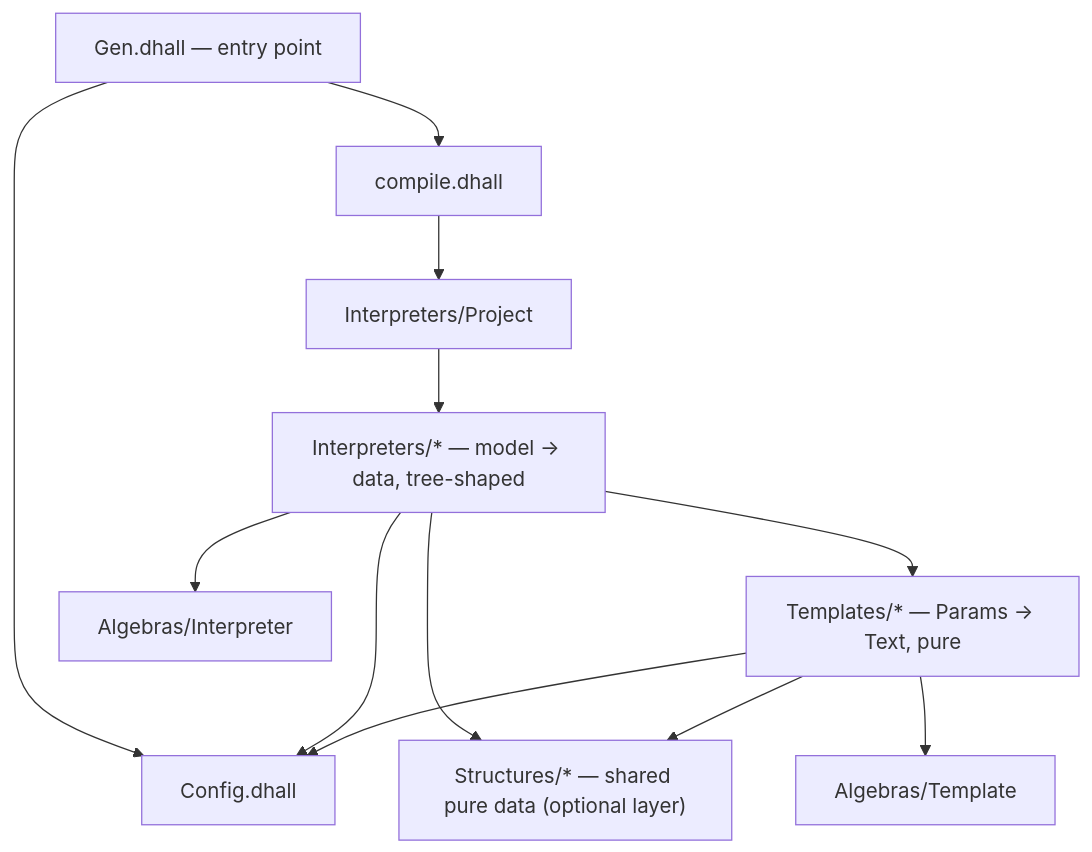
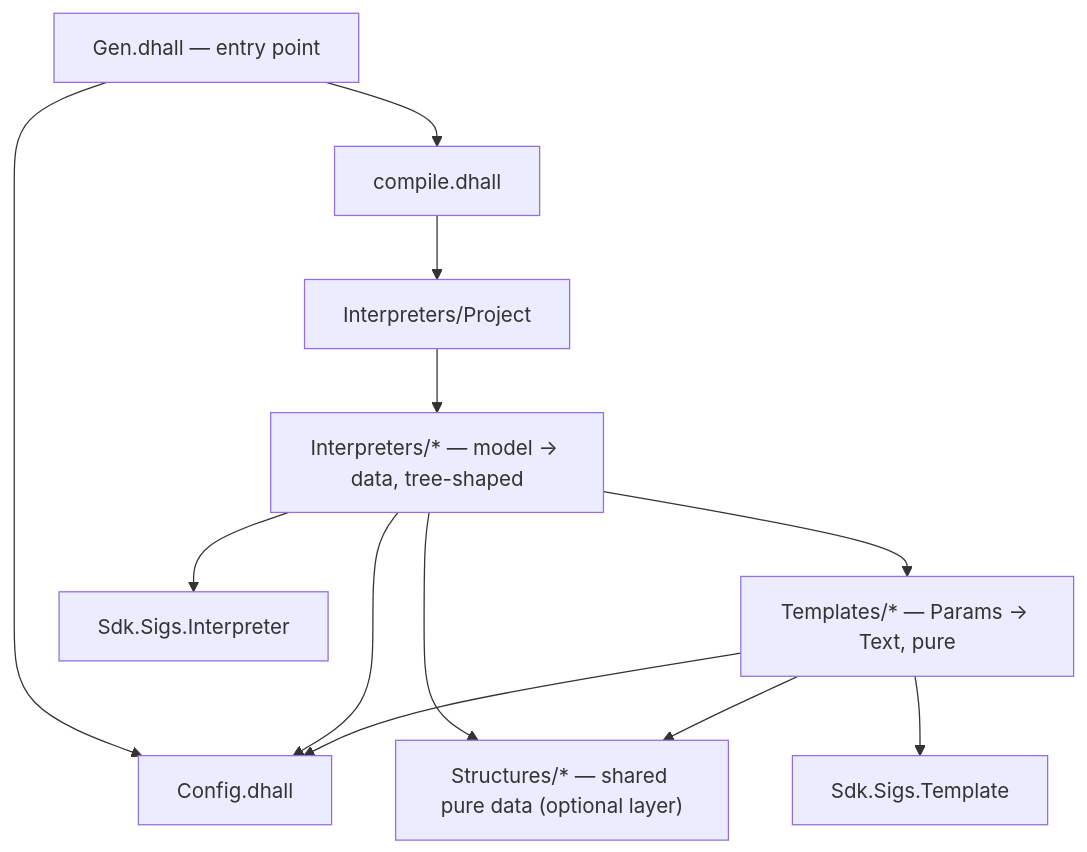
The first of 2 diagrams in docs/generator-architecture.md (pgenie-io/gen-sdk), drawn with Mermaid before and after one commit. The commit also changed other lines of this file and 5 other files, not shown here.

````diff
--- a/docs/generator-architecture.md
+++ b/docs/generator-architecture.md
@@ -41,14 +41,14 @@
 ```mermaid
 flowchart TD
     Gen["Gen.dhall — entry point"] --> compile["compile.dhall"]
     Gen --> Config["Config.dhall"]
     compile --> IP["Interpreters/Project"]
     IP --> Interpreters["Interpreters/* — model → data, tree-shaped"]
     Interpreters --> Config
     Interpreters --> Templates["Templates/* — Params → Text, pure"]
     Interpreters --> Structures["Structures/* — shared pure data (optional layer)"]
     Templates --> Config
     Templates --> Structures
-    Interpreters --> AlgI["Algebras/Interpreter"]
-    Templates --> AlgT["Algebras/Template"]
+    Interpreters --> SigI["Sdk.Sigs.Interpreter"]
+    Templates --> SigT["Sdk.Sigs.Template"]
 ```
````
